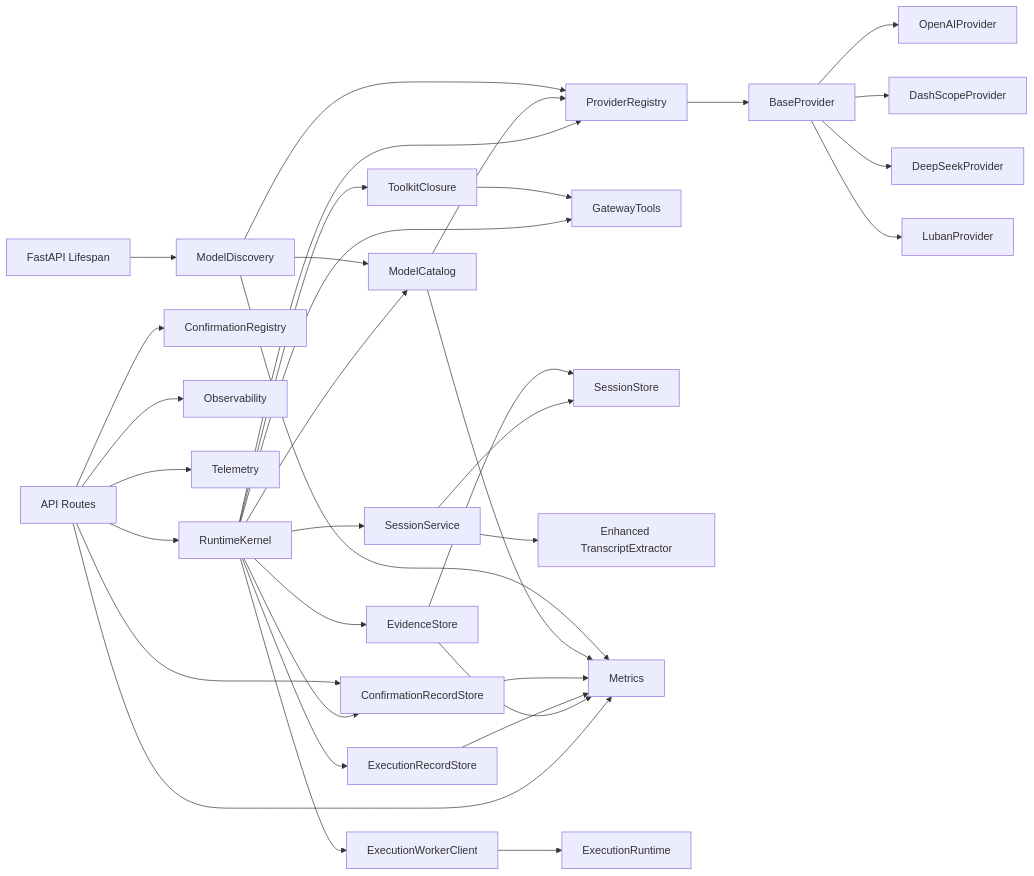
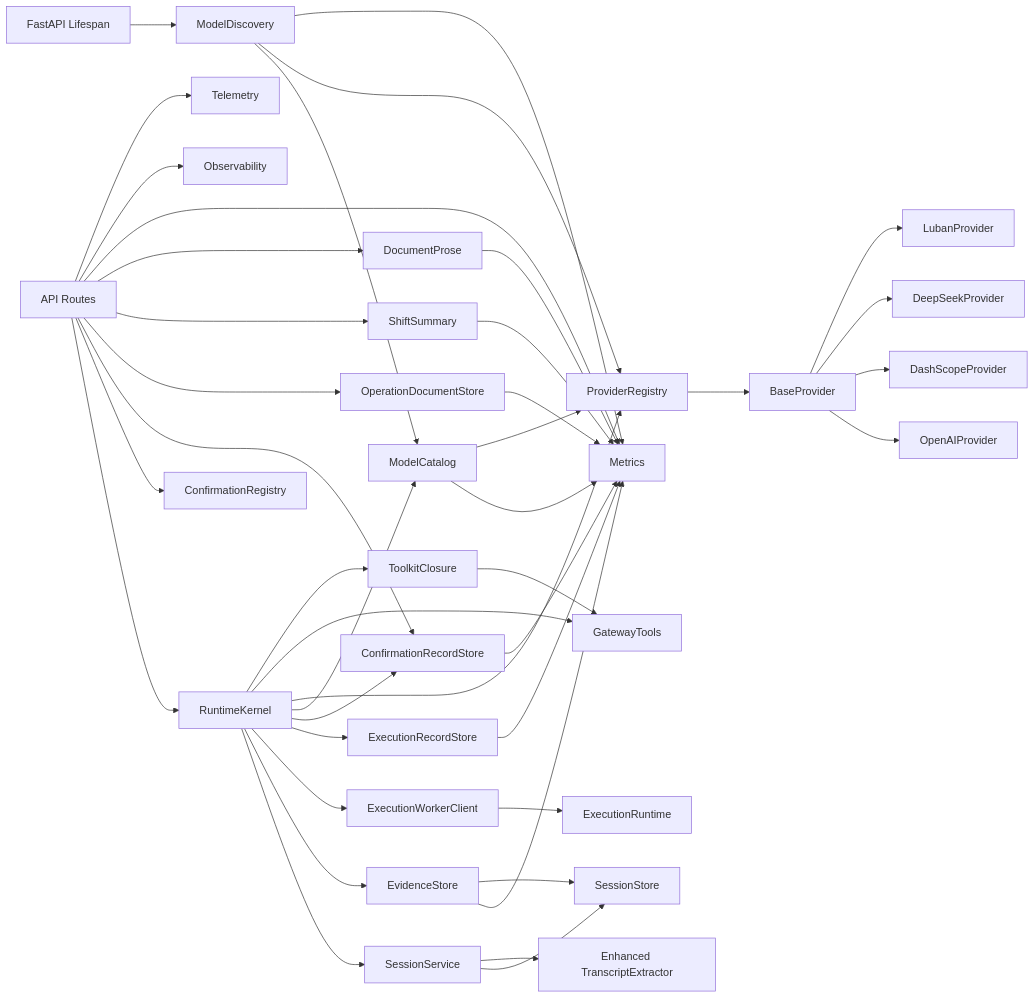
Before and after one commit to metasync/luban-aiops: diagram 40 of 40 in .qoder/repowiki/en/content/Agent Platform Service/Agent Platform Service.md, drawn with Mermaid. The commit also changed other lines of this file and 101 other files, not shown here.

````diff
--- a/.qoder/repowiki/en/content/Agent Platform Service/Agent Platform Service.md
+++ b/.qoder/repowiki/en/content/Agent Platform Service/Agent Platform Service.md
@@ -1983,37 +2393,43 @@
 ```mermaid
 graph LR
 API["API Routes"] --> Kernel["RuntimeKernel"]
 Kernel --> Session["SessionService"]
 Kernel --> Evidence["EvidenceStore"]
 Kernel --> ExecWorker["ExecutionWorkerClient"]
 Kernel --> ExecRecords["ExecutionRecordStore"]
 Kernel --> ConfirmStore["ConfirmationRecordStore"]
 Kernel --> ModelCat["ModelCatalog"]
 Kernel --> Registry["ProviderRegistry"]
 Kernel --> Tools["GatewayTools"]
 Kernel --> Closure["ToolkitClosure"]
 Registry --> Base["BaseProvider"]
 Base --> OpenAI["OpenAIProvider"]
 Base --> DashScope["DashScopeProvider"]
 Base --> DeepSeek["DeepSeekProvider"]
 Base --> Luban["LubanProvider"]
 Session --> Store["SessionStore"]
 Session --> Transcript["Enhanced TranscriptExtractor"]
 API --> HITL["ConfirmationRegistry"]
 API --> ConfirmStore
+API --> DocStore["OperationDocumentStore"]
+API --> ShiftSum["ShiftSummary"]
+API --> DocProse["DocumentProse"]
 API --> Metrics["Metrics"]
 API --> Obs["Observability"]
 API --> Tel["Telemetry"]
 Closure --> Tools
 Evidence --> Metrics
 Evidence --> Store
 ExecWorker --> ExecRuntime["ExecutionRuntime"]
 ExecRecords --> Metrics
 ConfirmStore --> Metrics
 ModelCat --> Metrics
 ModelCat --> Registry
 ModelDisc["ModelDiscovery"] --> ModelCat
 ModelDisc --> Registry
 ModelDisc --> Metrics
 Lifespan["FastAPI Lifespan"] --> ModelDisc
+DocStore --> Metrics
+ShiftSum --> Metrics
+DocProse --> Metrics
 ```
````
